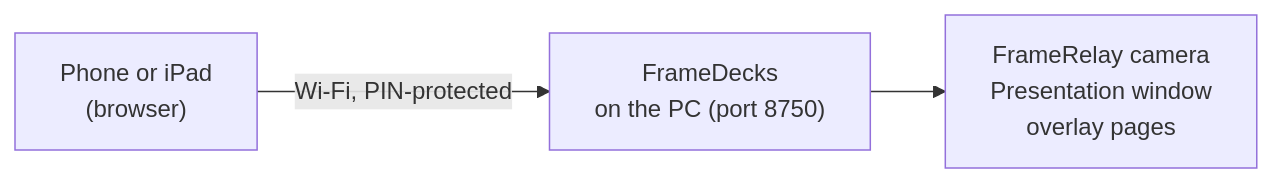
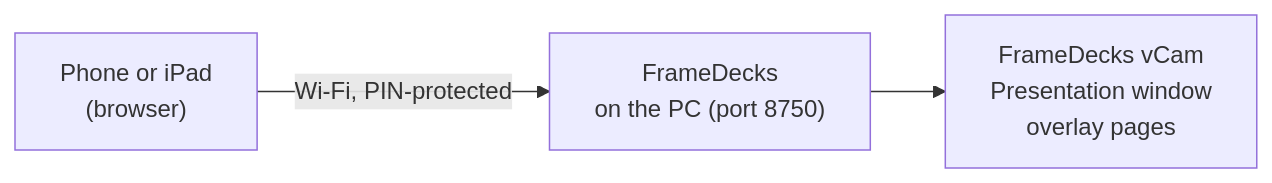
Before and after one commit to mshobin/FrameDecks: the diagram in docs/guide/remote-control.md, drawn with Mermaid. The commit also changed other lines of this file and 110 other files, not shown here.

````diff
--- a/docs/guide/remote-control.md
+++ b/docs/guide/remote-control.md
@@ -25,5 +25,5 @@
 ```mermaid
 flowchart LR
   Phone["Phone or iPad<br/>(browser)"] -- "Wi-Fi, PIN-protected" --> PC["FrameDecks<br/>on the PC (port 8750)"]
-  PC --> Out["FrameRelay camera<br/>Presentation window<br/>overlay pages"]
+  PC --> Out["FrameDecks vCam<br/>Presentation window<br/>overlay pages"]
 ```
````
